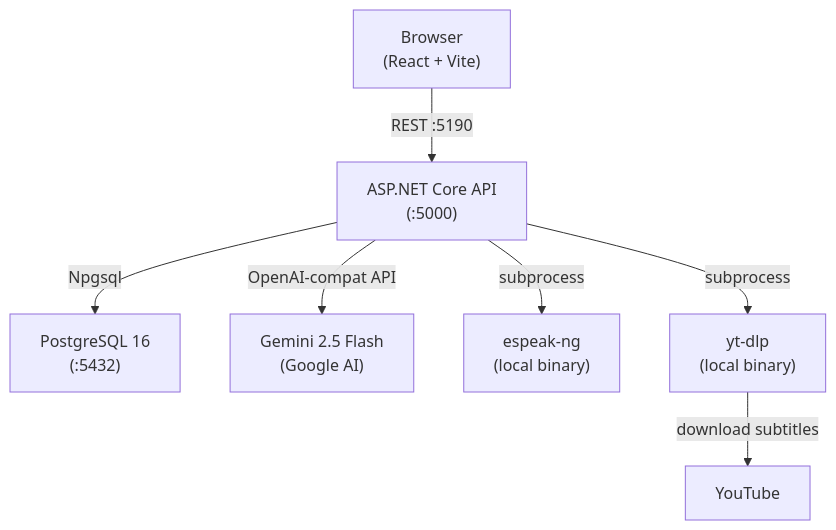
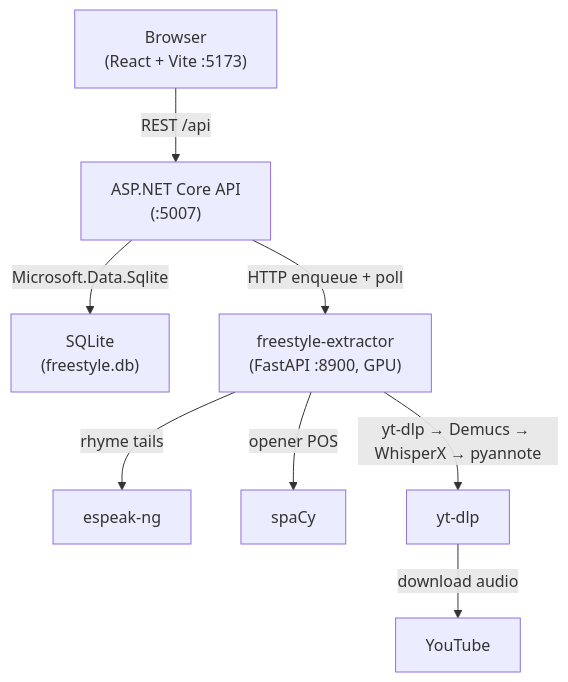
One commit to benstrumeyer/harry-mack-freestyle-flashcards changed the first of 3 diagrams in README.md. Above: the diagram before and after it, drawn with Mermaid. The commit also changed other lines of this file and 7 other files, not shown here.

````diff
--- a/README.md
+++ b/README.md
@@ -11,17 +13,19 @@
 ```mermaid
 graph TD
-    Browser["Browser\n(React + Vite)"]
-    API["ASP.NET Core API\n(:5000)"]
-    DB["PostgreSQL 16\n(:5432)"]
-    Gemini["Gemini 2.5 Flash\n(Google AI)"]
-    eSpeak["espeak-ng\n(local binary)"]
-    ytdlp["yt-dlp\n(local binary)"]
+    Browser["Browser\n(React + Vite :5173)"]
+    API["ASP.NET Core API\n(:5007)"]
+    DB["SQLite\n(freestyle.db)"]
+    Sidecar["freestyle-extractor\n(FastAPI :8900, GPU)"]
+    eSpeak["espeak-ng"]
+    spaCy["spaCy"]
+    ytdlp["yt-dlp"]
     YT["YouTube"]
 
-    Browser -- "REST :5190" --> API
-    API -- "Npgsql" --> DB
-    API -- "OpenAI-compat API" --> Gemini
-    API -- "subprocess" --> eSpeak
-    API -- "subprocess" --> ytdlp
-    ytdlp -- "download subtitles" --> YT
+    Browser -- "REST /api" --> API
+    API -- "Microsoft.Data.Sqlite" --> DB
+    API -- "HTTP enqueue + poll" --> Sidecar
+    Sidecar -- "yt-dlp → Demucs → WhisperX → pyannote" --> ytdlp
+    ytdlp -- "download audio" --> YT
+    Sidecar -- "rhyme tails" --> eSpeak
+    Sidecar -- "opener POS" --> spaCy
 ```
````
